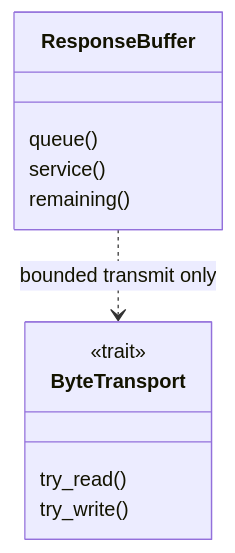
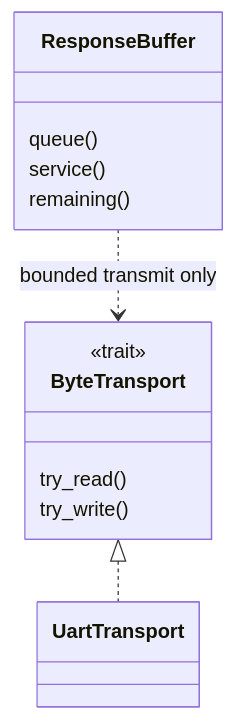
One commit to ebe542/hexaroam changed the eighth of 9 diagrams in docs/architecture/interfaces.md. Above: the diagram before and after it, drawn with Mermaid. The commit also changed other lines of this file and 10 other files, not shown here.

Commit message:
Add Pico UART transport and loopback test

````diff
--- a/docs/architecture/interfaces.md
+++ b/docs/architecture/interfaces.md
@@ -218,14 +218,16 @@
 ```mermaid
 classDiagram
     class ByteTransport {
         <<trait>>
         try_read()
         try_write()
     }
     class ResponseBuffer {
         queue()
         service()
         remaining()
     }
+    class UartTransport
     ResponseBuffer ..> ByteTransport : bounded transmit only
+    ByteTransport <|.. UartTransport
 ```
````
